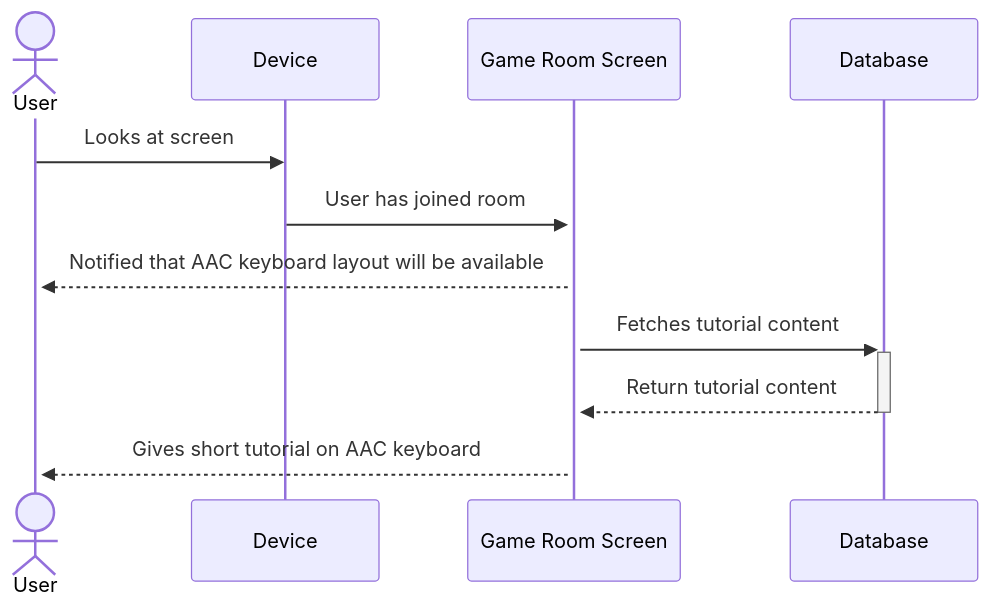
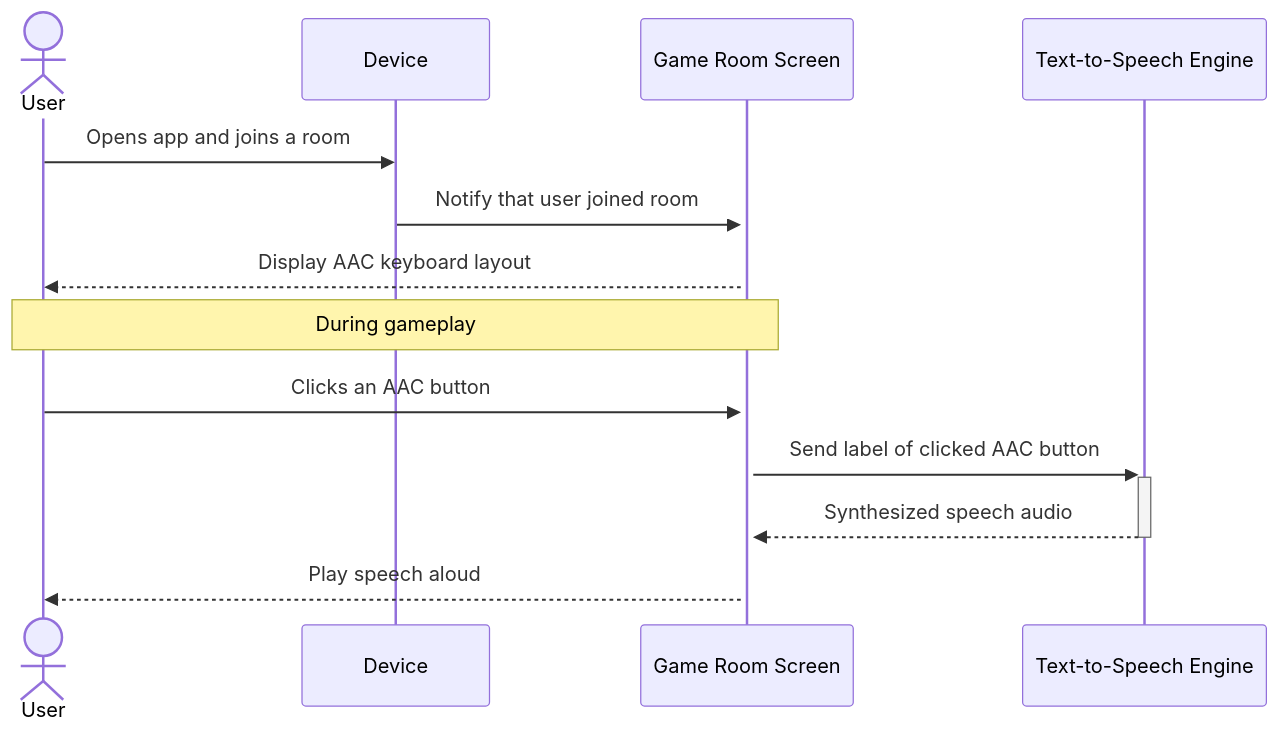
The third of 6 diagrams in documentation/docs/requirements/use-case-descriptions.md (henryschoemer/project-aac-game-team-b_bugfix_team6), drawn with Mermaid before and after one commit. The commit also changed other lines of this file, not shown here.

````diff
--- a/documentation/docs/requirements/use-case-descriptions.md
+++ b/documentation/docs/requirements/use-case-descriptions.md
@@ -78,17 +80,18 @@
 ```mermaid
-sequenceDiagram 
+sequenceDiagram
     actor User
     participant D as Device
     participant GR as Game Room Screen
-    participant Database
+    participant TTS as Text-to-Speech Engine
 
+    User ->> D: Opens app and joins a room
+    D ->>+ GR: Notify that user joined room
+    GR -->> User: Display AAC keyboard layout
 
+    Note over User,GR: During gameplay
 
-
-    User ->> D: Looks at screen 
-    D ->>+ GR: User has joined room
-    GR -->>+ User: Notified that AAC keyboard layout will be available 
-    GR ->>+ Database: Fetches tutorial content
-    Database -->>- GR: Return tutorial content
-    GR -->>+ User: Gives short tutorial on AAC keyboard 
+    User ->> GR: Clicks an AAC button
+    GR ->>+ TTS: Send label of clicked AAC button
+    TTS -->>- GR: Synthesized speech audio
+    GR -->> User: Play speech aloud
 ```
````
